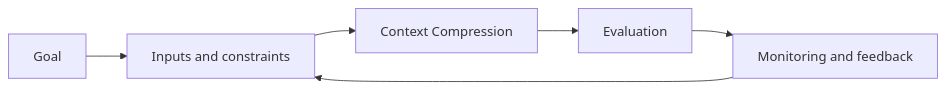
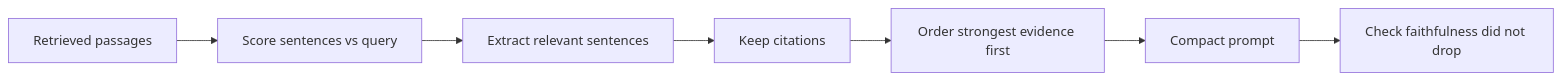
One commit to Icon1cc/Machine-Learning changed the diagram in rag/09-context-compression.md. Above: the diagram before and after it, drawn with Mermaid. The commit also changed other lines of this file and 118 other files, not shown here.

````diff
--- a/rag/09-context-compression.md
+++ b/rag/09-context-compression.md
@@ -93,8 +70,9 @@
 ```mermaid
 flowchart LR
-    A[Goal] --> B[Inputs and constraints]
-    B --> C[Context Compression]
-    C --> D[Evaluation]
-    D --> E[Monitoring and feedback]
-    E --> B
+    A[Retrieved passages] --> B[Score sentences vs query]
+    B --> C[Extract relevant sentences]
+    C --> D[Keep citations]
+    D --> E[Order strongest evidence first]
+    E --> F[Compact prompt]
+    F --> G[Check faithfulness did not drop]
 ```
````
